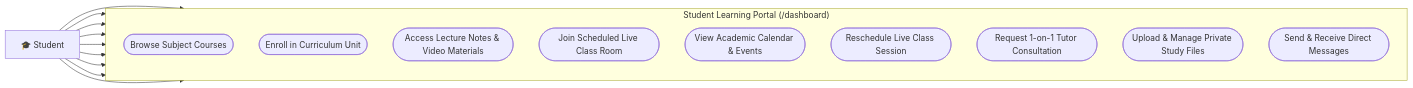
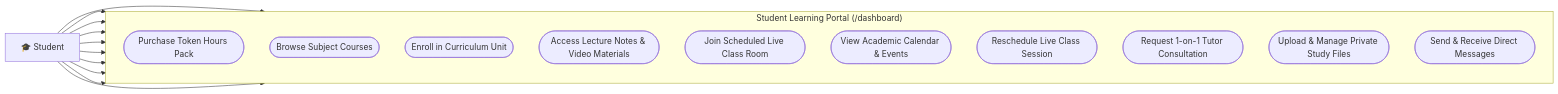
The second of 4 diagrams in USE_CASES.md (yashan223/lms), drawn with Mermaid before and after one commit. The commit also changed other lines of this file and 27 other files, not shown here.

Commit message:
feat: integrate 6h/16h/24h token hours purchase system, rename Instructor to Tutor, and remove assignments

````diff
--- a/USE_CASES.md
+++ b/USE_CASES.md
@@ -106,27 +110,29 @@
 ```mermaid
 flowchart LR
     Student["🎓 Student"]
 
     subgraph StudentPortal ["Student Learning Portal (/dashboard)"]
         direction TB
+        UC_S0(["Purchase Token Hours Pack"])
         UC_S1(["Browse Subject Courses"])
         UC_S2(["Enroll in Curriculum Unit"])
         UC_S3(["Access Lecture Notes & Video Materials"])
         UC_S4(["Join Scheduled Live Class Room"])
         UC_S5(["View Academic Calendar & Events"])
         UC_S6(["Reschedule Live Class Session"])
         UC_S7(["Request 1-on-1 Tutor Consultation"])
         UC_S8(["Upload & Manage Private Study Files"])
         UC_S9(["Send & Receive Direct Messages"])
     end
 
+    Student --> UC_S0
     Student --> UC_S1
     Student --> UC_S2
     Student --> UC_S3
     Student --> UC_S4
     Student --> UC_S5
     Student --> UC_S6
     Student --> UC_S7
     Student --> UC_S8
     Student --> UC_S9
 ```
````
